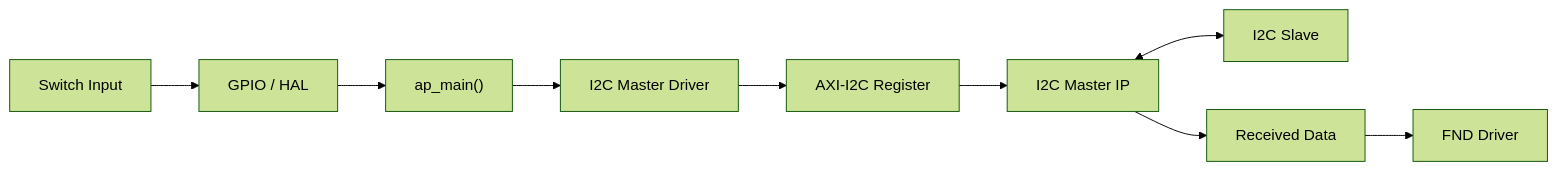
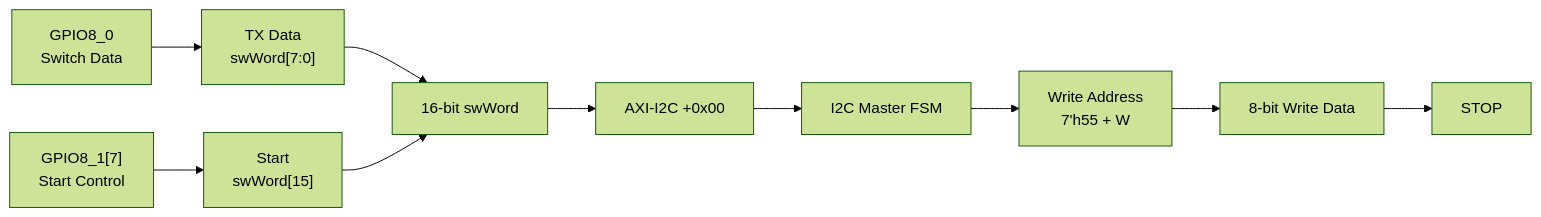
Before and after one commit to chieftain4202/RTL-Verification-Projects: the second of 3 diagrams in 07-axi-peripheral-soc/README.md, drawn with Mermaid (forest theme). The commit also changed other lines of this file, not shown here.

First line of the commit message:
Revise README for AXI4-Lite SPI/I2C Peripheral SoC

````diff
--- a/07-axi-peripheral-soc/README.md
+++ b/07-axi-peripheral-soc/README.md
@@ -98,11 +96,14 @@
 ```mermaid
 flowchart LR
-    SW["Switch Input"] --> GPIO["GPIO / HAL"]
-    GPIO --> APP["ap_main()"]
-    APP --> I2C["I2C Master Driver"]
-    I2C --> AXI["AXI-I2C Register"]
-    AXI --> IP["I2C Master IP"]
-    IP <--> SLAVE["I2C Slave"]
-    IP --> RX["Received Data"]
-    RX --> FND["FND Driver"]
+    SW0["GPIO8_0<br/>Switch Data"] --> TX["TX Data<br/>swWord[7:0]"]
+    SW1["GPIO8_1[7]<br/>Start Control"] --> START["Start<br/>swWord[15]"]
+
+    TX --> COMBINE["16-bit swWord"]
+    START --> COMBINE
+
+    COMBINE --> REG0["AXI-I2C +0x00"]
+    REG0 --> FSM["I2C Master FSM"]
+    FSM --> ADDRESS["Write Address<br/>7'h55 + W"]
+    ADDRESS --> DATA["8-bit Write Data"]
+    DATA --> STOP["STOP"]
 ```
````
